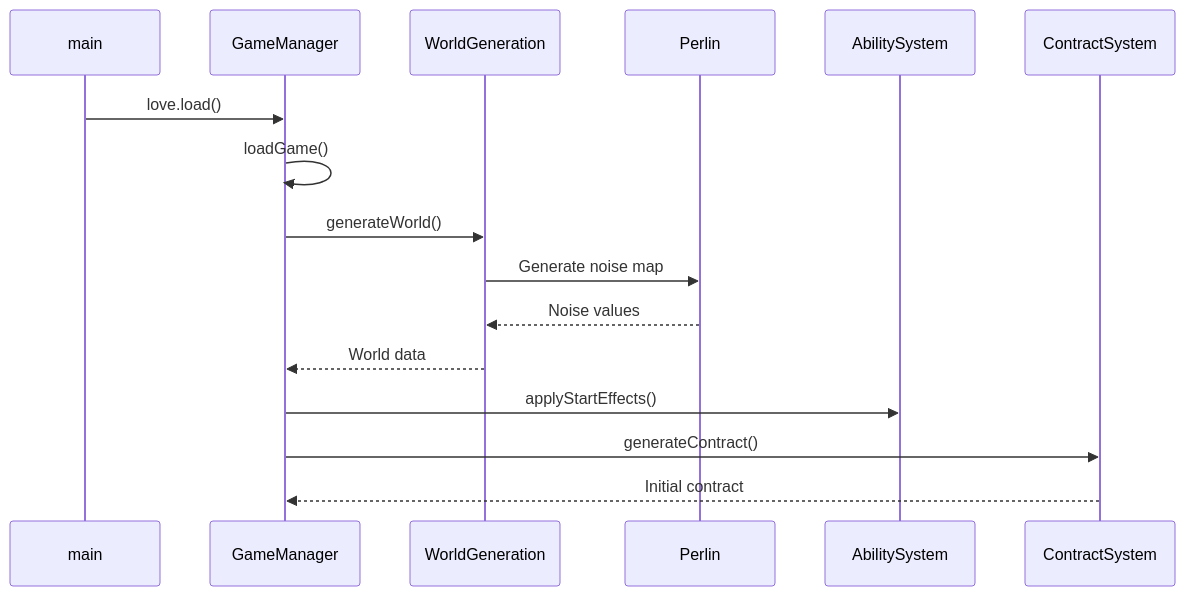
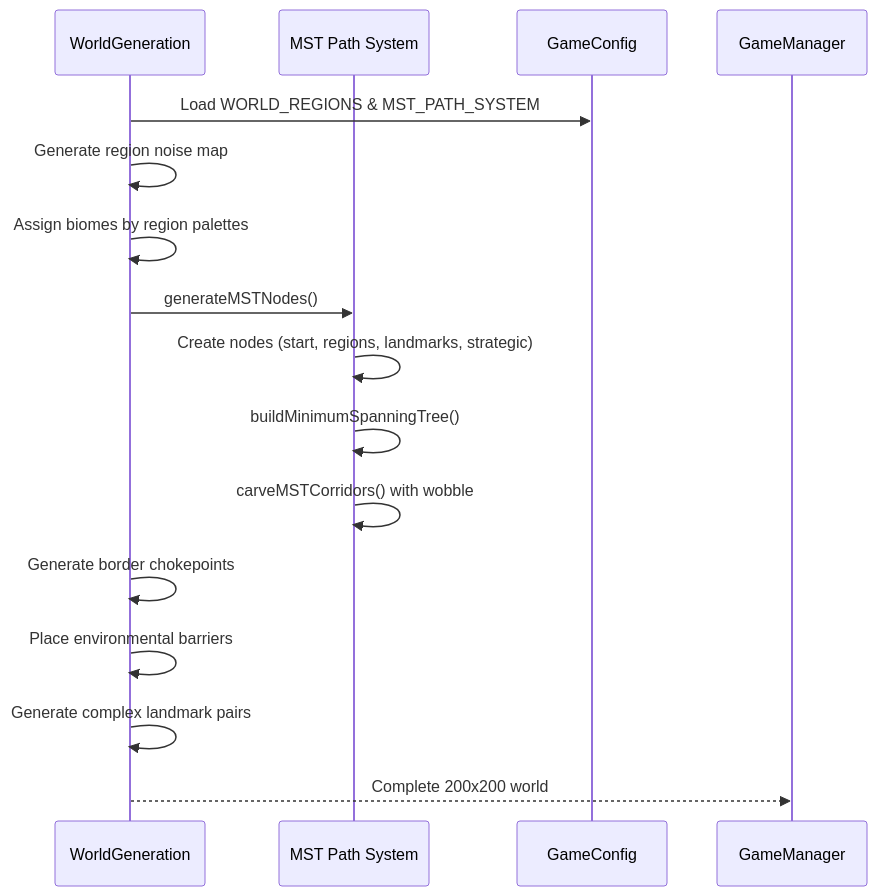
The second of 6 diagrams in memory-bank/systemPatterns.md (lmerriam/love2d-vibe-coding), drawn with Mermaid before and after one commit. The commit also changed other lines of this file and 4 other files, not shown here.

````diff
--- a/memory-bank/systemPatterns.md
+++ b/memory-bank/systemPatterns.md
@@ -240,12 +191,18 @@
 ```mermaid
 sequenceDiagram
-    main->>GameManager: love.load()
-    GameManager->>GameManager: loadGame()
-    GameManager->>WorldGeneration: generateWorld()
-    WorldGeneration->>Perlin: Generate noise map
-    Perlin-->>WorldGeneration: Noise values
-    WorldGeneration-->>GameManager: World data
-    GameManager->>AbilitySystem: applyStartEffects()
-    GameManager->>ContractSystem: generateContract()
-    ContractSystem-->>GameManager: Initial contract
+    participant WG as WorldGeneration
+    participant MST as MST Path System
+    participant Config as GameConfig
+    
+    WG->>Config: Load WORLD_REGIONS & MST_PATH_SYSTEM
+    WG->>WG: Generate region noise map
+    WG->>WG: Assign biomes by region palettes
+    WG->>MST: generateMSTNodes()
+    MST->>MST: Create nodes (start, regions, landmarks, strategic)
+    MST->>MST: buildMinimumSpanningTree()
+    MST->>MST: carveMSTCorridors() with wobble
+    WG->>WG: Generate border chokepoints
+    WG->>WG: Place environmental barriers
+    WG->>WG: Generate complex landmark pairs
+    WG-->>GameManager: Complete 200x200 world
 ```
````
